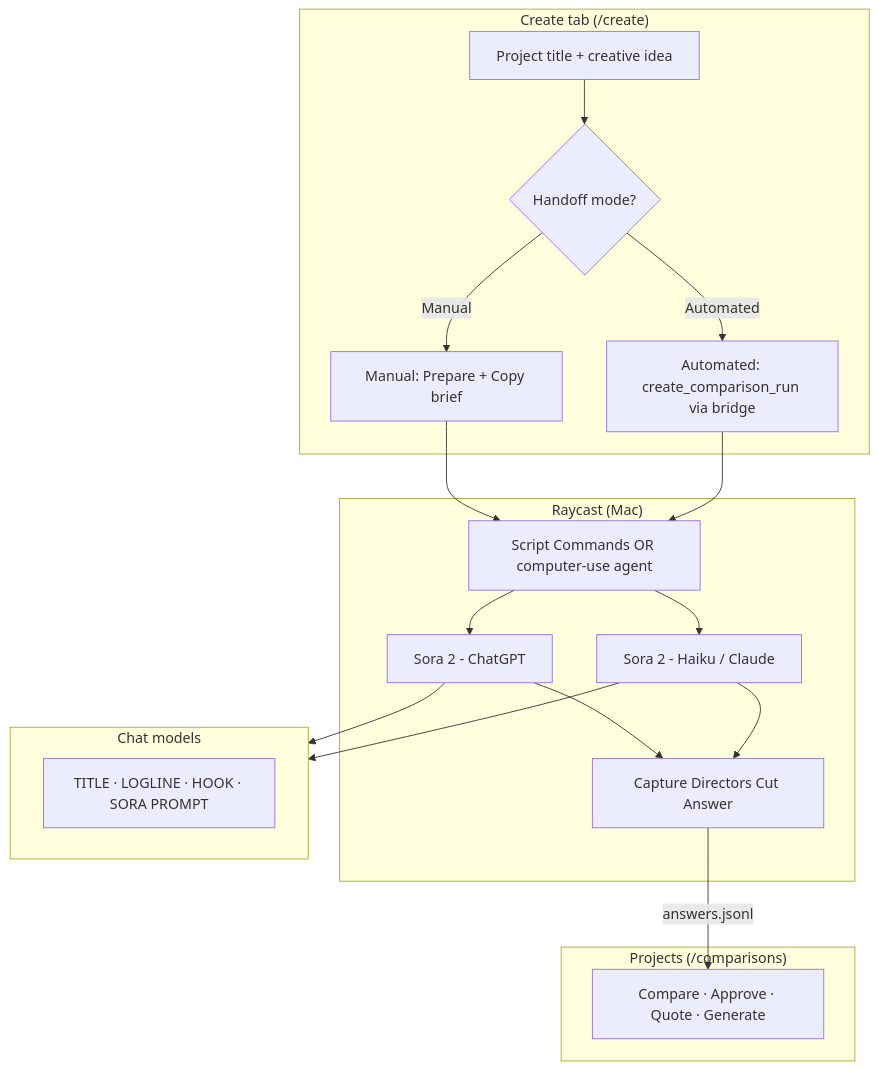
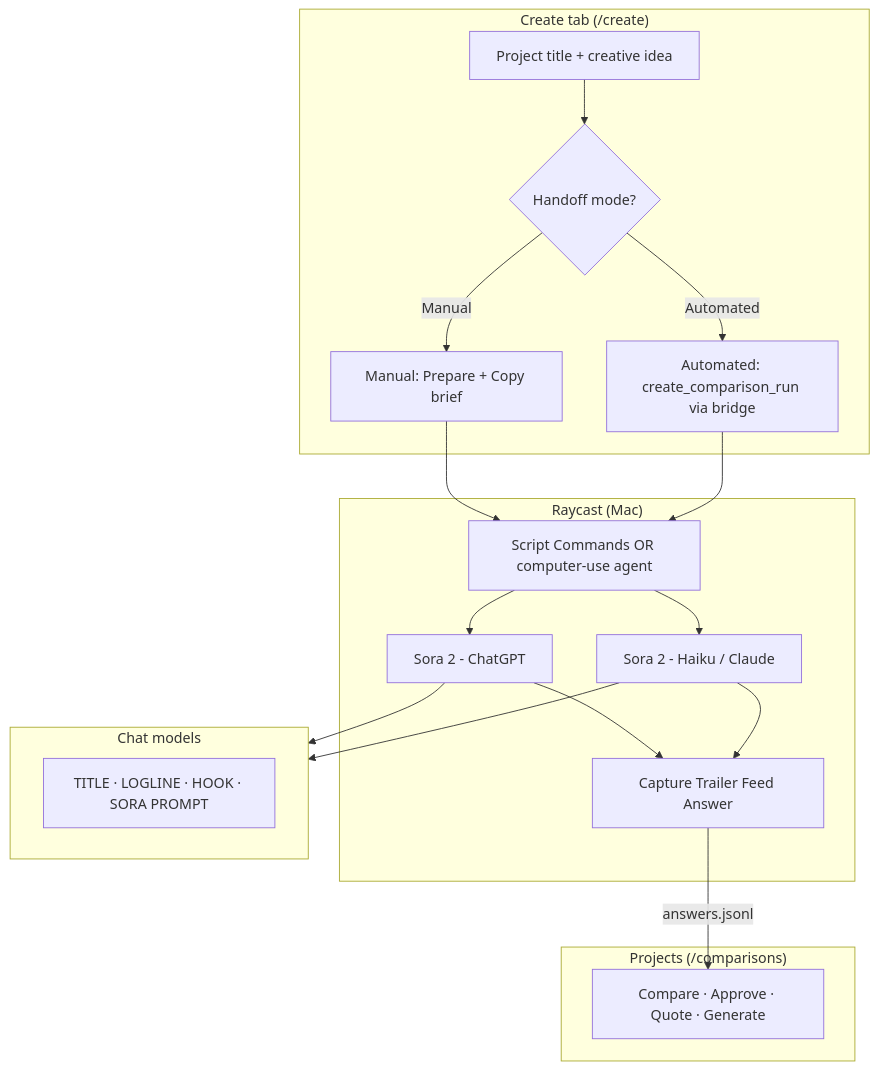
One commit to gordo-v1su4/directors-cut changed the diagram in README.md. Above: the diagram before and after it, drawn with Mermaid. The commit also changed other lines of this file and 71 other files, not shown here.

Commit message:
Rename Directors Cut to Trailer Feed with storage and browser compatibility

````diff
--- a/README.md
+++ b/README.md
@@ -23,35 +23,35 @@
 ```mermaid
 flowchart TB
   subgraph create["Create tab (/create)"]
     A["Project title + creative idea"]
     B{"Handoff mode?"}
     C["Manual: Prepare + Copy brief"]
     D["Automated: create_comparison_run via bridge"]
     A --> B
     B -->|Manual| C
     B -->|Automated| D
   end
 
   subgraph raycast["Raycast (Mac)"]
     E["Script Commands OR computer-use agent"]
     F["Sora 2 - ChatGPT"]
     G["Sora 2 - Haiku / Claude"]
-    H["Capture Directors Cut Answer"]
+    H["Capture Trailer Feed Answer"]
     E --> F --> H
     E --> G --> H
   end
 
   subgraph models["Chat models"]
     I["TITLE · LOGLINE · HOOK · SORA PROMPT"]
   end
 
   subgraph projects["Projects (/comparisons)"]
     J["Compare · Approve · Quote · Generate"]
   end
 
   C --> E
   D --> E
   F --> models
   G --> models
   H -->|answers.jsonl| J
 ```
````
